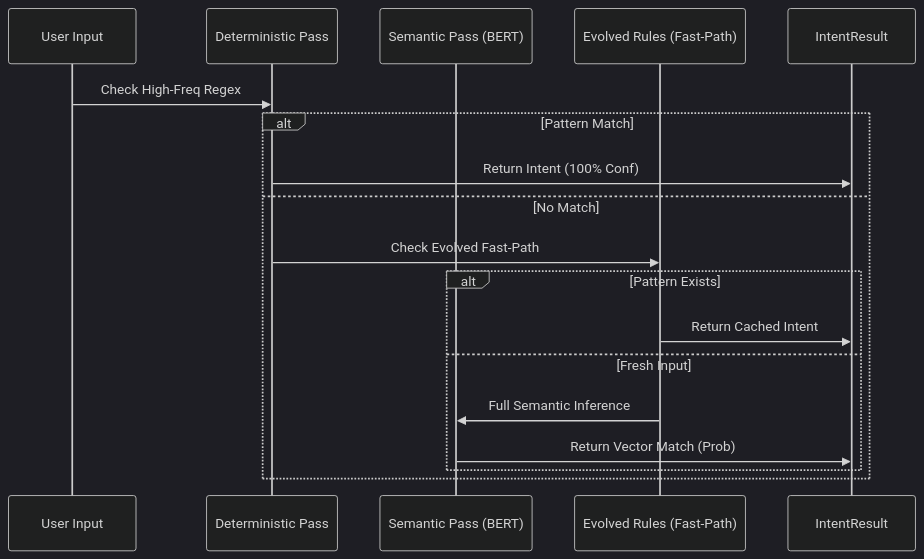
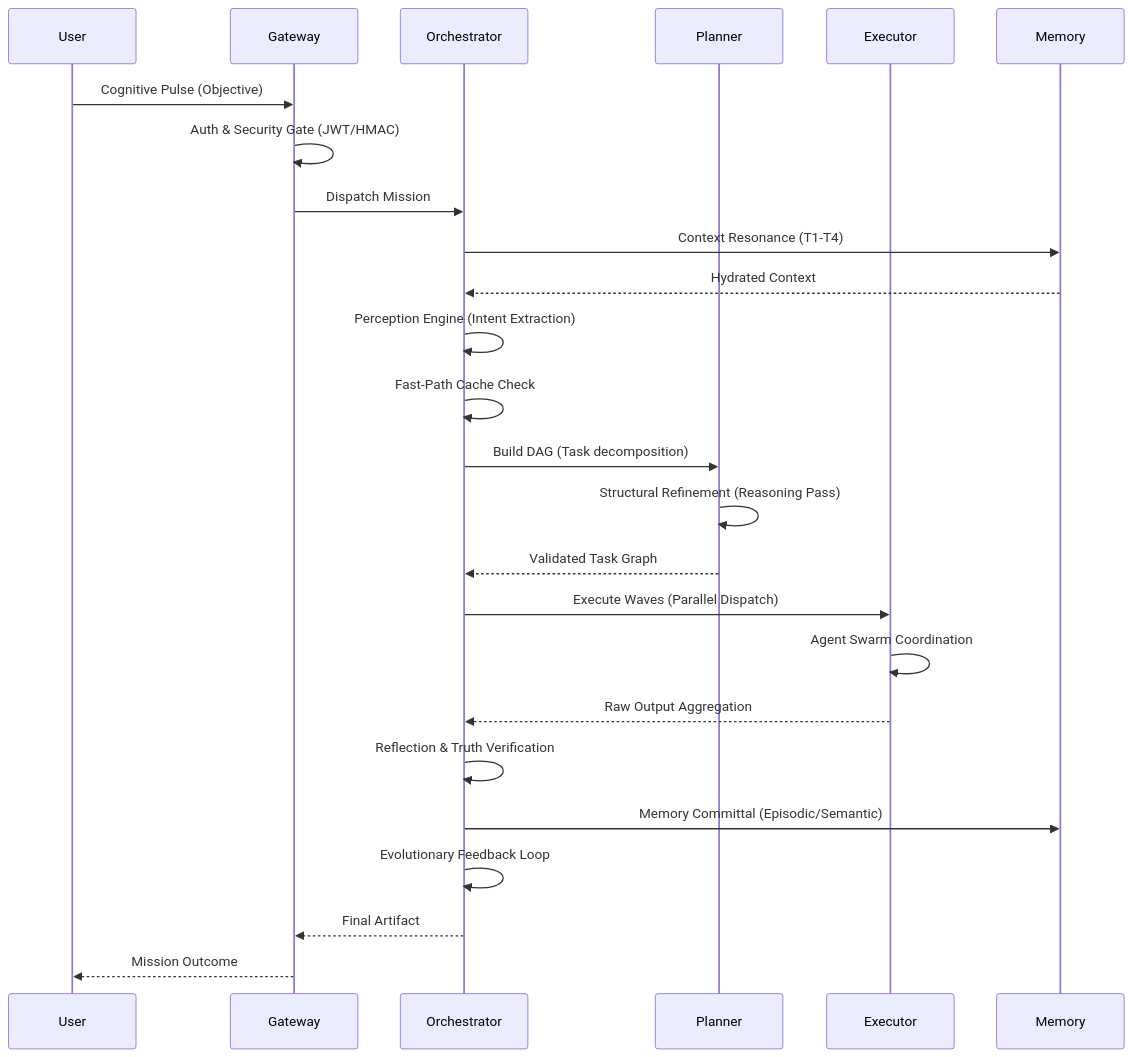
Before and after one commit to Blackdrg/levi-ai-innovate: the second of 4 diagrams in README.md, drawn with Mermaid. The commit also changed other lines of this file and 133 other files, not shown here.

````diff
--- a/README.md
+++ b/README.md
@@ -517,22 +228,28 @@
 ```mermaid
-%%{init: {'theme': 'dark', 'themeVariables': { 'primaryColor': '#00ff66'}}}%%
 sequenceDiagram
-    participant U as User Input
-    participant D as Deterministic Pass
-    participant S as Semantic Pass (BERT)
-    participant E as Evolved Rules (Fast-Path)
-    participant Out as IntentResult
+    participant U as User
+    participant G as Gateway
+    participant O as Orchestrator
+    participant P as Planner
+    participant E as Executor
+    participant M as Memory
 
-    U->>D: Check High-Freq Regex
-    alt Pattern Match
-        D->>Out: Return Intent (100% Conf)
-    else No Match
-        D->>E: Check Evolved Fast-Path
-        alt Pattern Exists
-            E->>Out: Return Cached Intent
-        else Fresh Input
-            E->>S: Full Semantic Inference
-            S->>Out: Return Vector Match (Prob)
-        end
-    end
+    U->>G: Cognitive Pulse (Objective)
+    G->>G: Auth & Security Gate (JWT/HMAC)
+    G->>O: Dispatch Mission
+    O->>M: Context Resonance (T1-T4)
+    M-->>O: Hydrated Context
+    O->>O: Perception Engine (Intent Extraction)
+    O->>O: Fast-Path Cache Check
+    O->>P: Build DAG (Task decomposition)
+    P->>P: Structural Refinement (Reasoning Pass)
+    P-->>O: Validated Task Graph
+    O->>E: Execute Waves (Parallel Dispatch)
+    E->>E: Agent Swarm Coordination
+    E-->>O: Raw Output Aggregation
+    O->>O: Reflection & Truth Verification
+    O->>M: Memory Committal (Episodic/Semantic)
+    O->>O: Evolutionary Feedback Loop
+    O-->>G: Final Artifact
+    G-->>U: Mission Outcome
 ```
````
